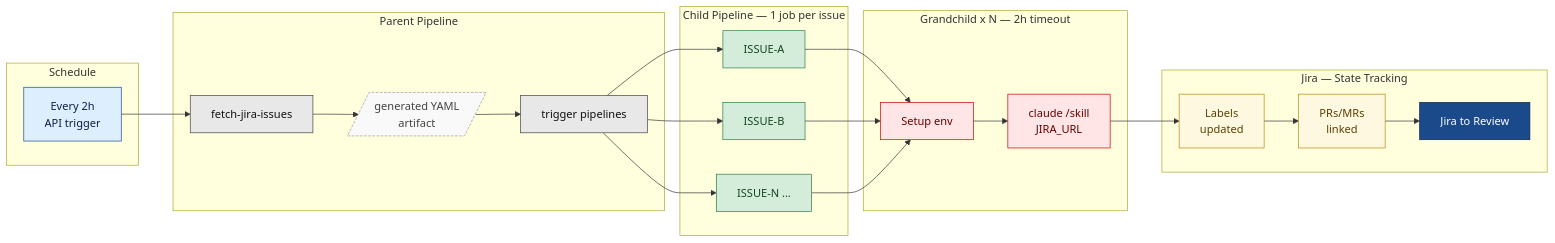
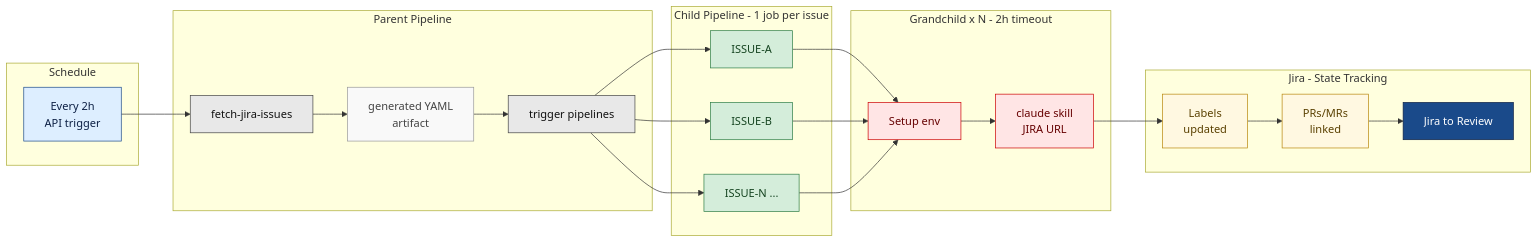
The third of 3 diagrams in docs/rfds/odh-component-onboarding/flow-diagrams-lr.md (opendatahub-io/aiops-infra), drawn with Mermaid before and after one commit. The commit also changed other lines of this file and 5 other files, not shown here.

````diff
--- a/docs/rfds/odh-component-onboarding/flow-diagrams-lr.md
+++ b/docs/rfds/odh-component-onboarding/flow-diagrams-lr.md
@@ -80,49 +82,49 @@
 ```mermaid
 flowchart LR
     classDef schedNode  fill:#DDEEFF,stroke:#1A4A8A,color:#0d2045
     classDef parentNode fill:#E8E8E8,stroke:#444444,color:#111111
-    classDef artifact   fill:#F9F9F9,stroke:#999999,color:#444444,stroke-dasharray:4 2
+    classDef artifact   fill:#F9F9F9,stroke:#999999,color:#444444
     classDef childNode  fill:#D4EDDA,stroke:#2D7D46,color:#154420
     classDef grandNode  fill:#FFE5E5,stroke:#CC0000,color:#660000
     classDef jiraNode   fill:#FFF8E1,stroke:#B8860B,color:#5a4000
     classDef done       fill:#1A4A8A,stroke:#0d2045,color:#FFFFFF
 
     subgraph SCHED["Schedule"]
-        SC["Every 2h<br/>API trigger"]:::schedNode
+        SC["Every 2h<br>API trigger"]:::schedNode
     end
 
     subgraph PARENT["Parent Pipeline"]
         P1["fetch-jira-issues"]:::parentNode
-        P2[/"generated YAML<br/>artifact"/]:::artifact
+        P2["generated YAML<br>artifact"]:::artifact
         P3["trigger pipelines"]:::parentNode
         P1 --> P2 --> P3
     end
 
-    subgraph CHILD["Child Pipeline — 1 job per issue"]
+    subgraph CHILD["Child Pipeline - 1 job per issue"]
         C1["ISSUE-A"]:::childNode
         C2["ISSUE-B"]:::childNode
         C3["ISSUE-N ..."]:::childNode
     end
 
-    subgraph GRAND["Grandchild x N — 2h timeout"]
+    subgraph GRAND["Grandchild x N - 2h timeout"]
         G1["Setup env"]:::grandNode
-        G2["claude /skill<br/>JIRA_URL"]:::grandNode
+        G2["claude skill<br>JIRA URL"]:::grandNode
         G1 --> G2
     end
 
-    subgraph JIRA["Jira — State Tracking"]
-        J1["Labels<br/>updated"]:::jiraNode
-        J2["PRs/MRs<br/>linked"]:::jiraNode
+    subgraph JIRA["Jira - State Tracking"]
+        J1["Labels<br>updated"]:::jiraNode
+        J2["PRs/MRs<br>linked"]:::jiraNode
         J3["Jira to Review"]:::done
         J1 --> J2 --> J3
     end
 
     SC --> P1
     P3 --> C1
     P3 --> C2
     P3 --> C3
     C1 --> G1
     C2 --> G1
     C3 --> G1
     G2 --> J1
 ```
````
